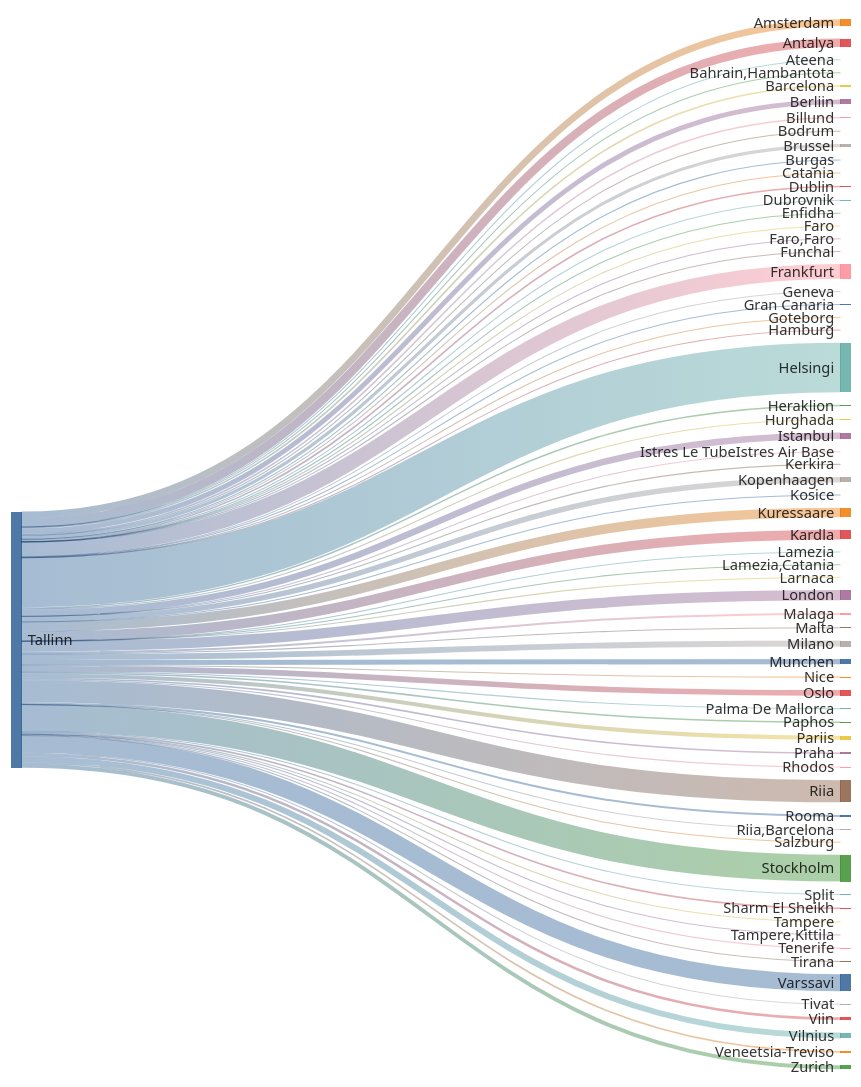
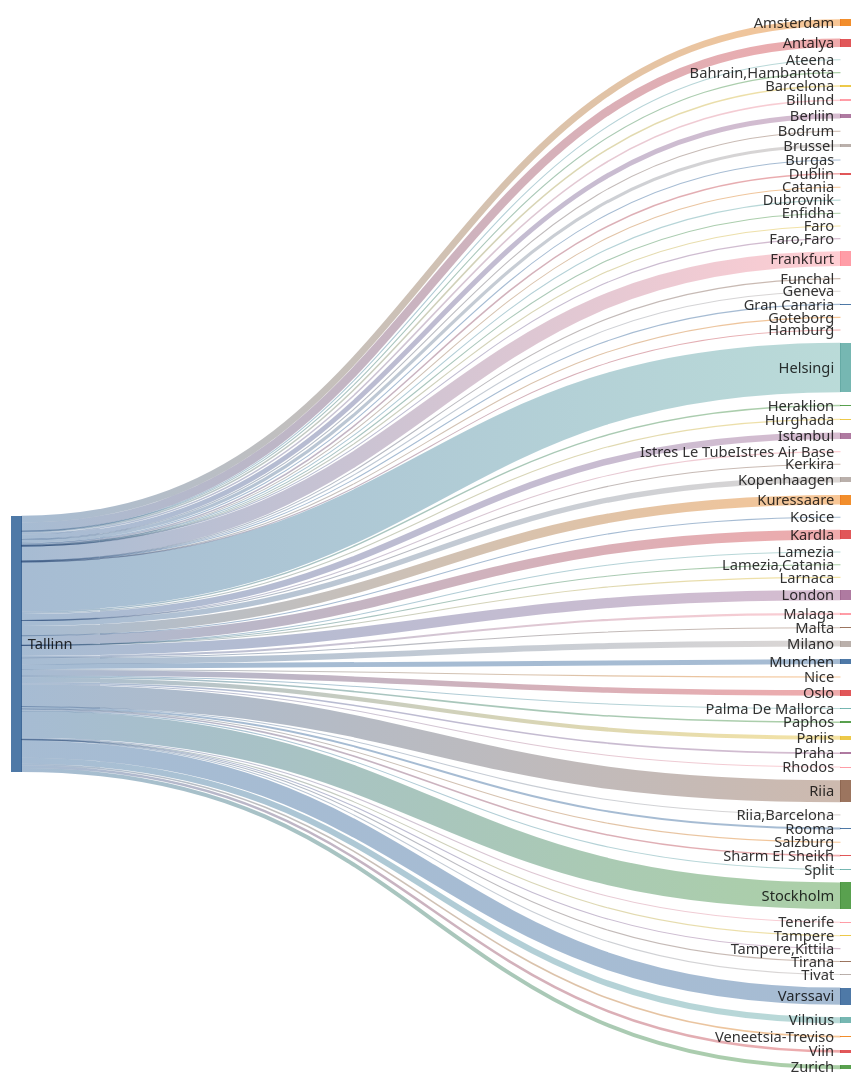
The second of 2 diagrams in README.md (rainermesi/tll-airport-departures), drawn with Mermaid before and after one commit. The commit also changed other lines of this file, not shown here.

````diff
--- a/README.md
+++ b/README.md
@@ -34,77 +34,77 @@
 ```mermaid
 ---
 config:
   sankey:
     showValues: false
     width: 800
     height: 1000
 ---
 sankey-beta
 %% source,target,value
-Tallinn,Amsterdam,211
+Tallinn,Amsterdam,213
 Tallinn,Antalya,264
 Tallinn,Ateena,16
 Tallinn,"Bahrain,Hambantota",1
 Tallinn,Barcelona,49
-Tallinn,Berliin,154
+Tallinn,Berliin,155
 Tallinn,Billund,49
 Tallinn,Bodrum,11
 Tallinn,Brussel,99
 Tallinn,Burgas,21
 Tallinn,Catania,2
 Tallinn,Dublin,50
 Tallinn,Dubrovnik,21
 Tallinn,Enfidha,7
 Tallinn,Faro,4
 Tallinn,"Faro,Faro",1
-Tallinn,Frankfurt,462
+Tallinn,Frankfurt,465
 Tallinn,Funchal,5
 Tallinn,Geneva,4
 Tallinn,Gran Canaria,24
 Tallinn,Goteborg,1
 Tallinn,Hamburg,1
-Tallinn,Helsingi,1561
+Tallinn,Helsingi,1570
 Tallinn,Heraklion,46
 Tallinn,Hurghada,35
-Tallinn,Istanbul,202
+Tallinn,Istanbul,203
 Tallinn,Istres Le TubeIstres Air Base,2
 Tallinn,Kerkira,4
-Tallinn,Kopenhaagen,172
+Tallinn,Kopenhaagen,173
 Tallinn,Kosice,1
-Tallinn,Kuressaare,301
-Tallinn,Kardla,301
+Tallinn,Kuressaare,303
+Tallinn,Kardla,303
 Tallinn,Lamezia,1
 Tallinn,"Lamezia,Catania",3
 Tallinn,Larnaca,4
-Tallinn,London,322
-Tallinn,Malaga,63
+Tallinn,London,324
+Tallinn,Malaga,64
 Tallinn,Malta,15
-Tallinn,Milano,187
+Tallinn,Milano,188
 Tallinn,Munchen,158
 Tallinn,Nice,25
-Tallinn,Oslo,176
+Tallinn,Oslo,177
 Tallinn,Palma De Mallorca,19
-Tallinn,Paphos,49
-Tallinn,Pariis,130
+Tallinn,Paphos,50
+Tallinn,Pariis,131
 Tallinn,Praha,49
 Tallinn,Rhodos,32
-Tallinn,Riia,697
+Tallinn,Riia,701
 Tallinn,"Riia,Barcelona",1
 Tallinn,Rooma,63
 Tallinn,Salzburg,5
 Tallinn,Sharm El Sheikh,50
 Tallinn,Split,25
-Tallinn,Stockholm,840
+Tallinn,Stockholm,843
 Tallinn,Tampere,17
 Tallinn,"Tampere,Kittila",5
-Tallinn,Tenerife,36
+Tallinn,Tenerife,37
 Tallinn,Tirana,8
 Tallinn,Tivat,26
-Tallinn,Varssavi,539
-Tallinn,Veneetsia-Treviso,50
-Tallinn,Viin,81
-Tallinn,Vilnius,188
-Tallinn,Zurich,125
+Tallinn,Varssavi,542
+Tallinn,Veneetsia-Treviso,51
+Tallinn,Viin,82
+Tallinn,Vilnius,189
+Tallinn,Zurich,126
 
 
 ```
````
